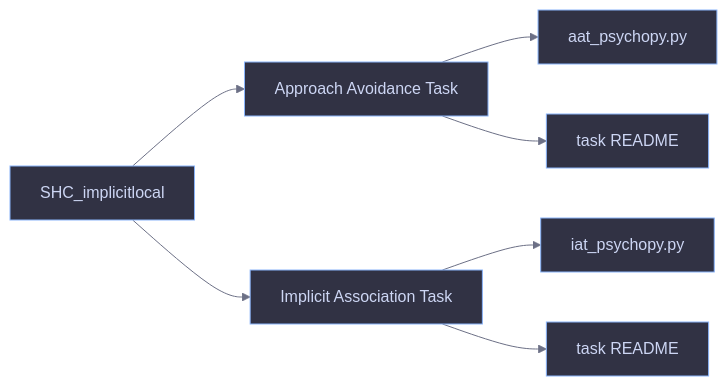
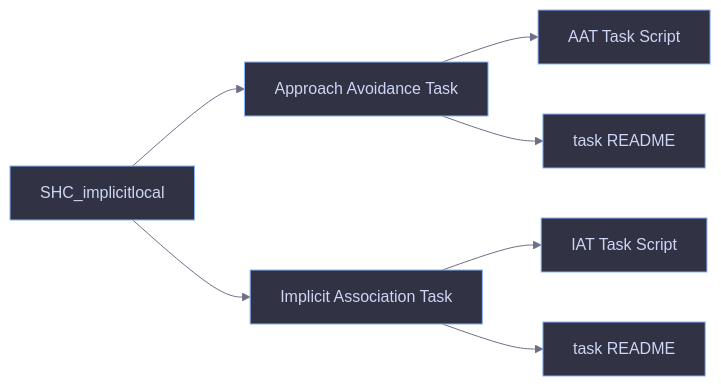
The diagram in README.md (GM024/SHC_AAT), drawn with Mermaid before and after one commit. The commit also changed other lines of this file and 191 other files, not shown here.

````diff
--- a/README.md
+++ b/README.md
@@ -14,20 +5,20 @@
 ```mermaid
 %%{init: {'theme': 'base', 'themeVariables': {
   'background': '#11111b',
   'primaryColor': '#313244',
   'primaryTextColor': '#cdd6f4',
   'primaryBorderColor': '#89b4fa',
   'lineColor': '#6c7086',
   'secondaryColor': '#1e1e2e',
   'secondaryTextColor': '#cdd6f4',
   'tertiaryColor': '#181825',
   'tertiaryTextColor': '#cdd6f4'
 }}}%%
 flowchart LR
     A["SHC_implicitlocal"] --> B["Approach Avoidance Task"]
     A --> C["Implicit Association Task"]
-    B --> B1["aat_psychopy.py"]
+    B --> B1["AAT Task Script"]
     B --> B2["task README"]
-    C --> C1["iat_psychopy.py"]
+    C --> C1["IAT Task Script"]
     C --> C2["task README"]
 ```
````
